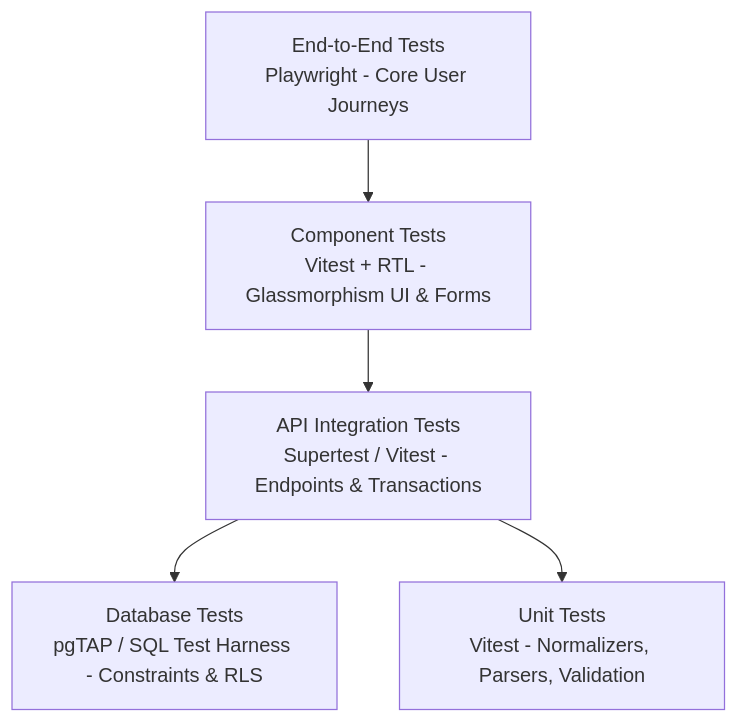
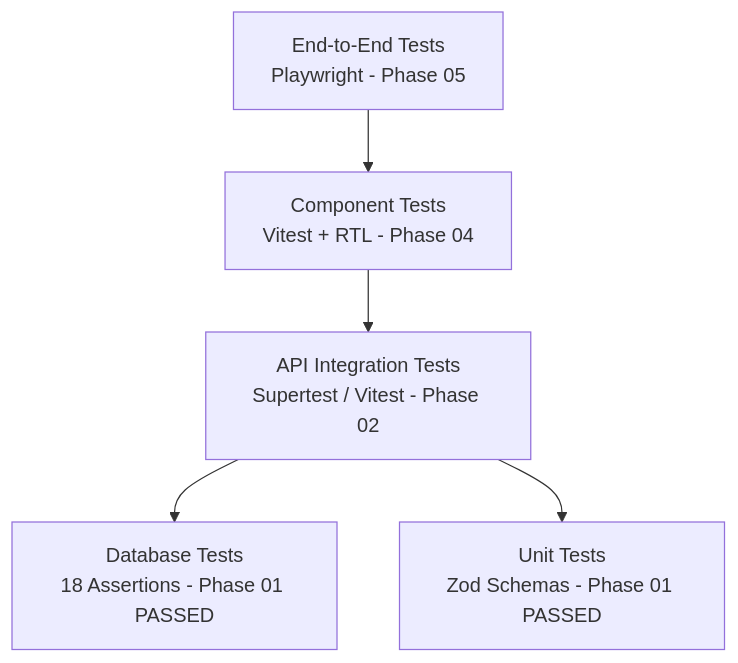
The diagram in docs/test-report.md (ragnarStark79/AnimeManager), drawn with Mermaid before and after one commit. The commit also changed other lines of this file and 11 other files, not shown here.

Commit message:
feat: implement database migrations, RLS policies, seed fixtures, and verification suite (Phase 01)

````diff
--- a/docs/test-report.md
+++ b/docs/test-report.md
@@ -60,13 +130,13 @@
 ```mermaid
 graph TD
-    E2E[End-to-End Tests<br/>Playwright - Core User Journeys]
-    Comp[Component Tests<br/>Vitest + RTL - Glassmorphism UI & Forms]
-    Int[API Integration Tests<br/>Supertest / Vitest - Endpoints & Transactions]
-    DB[Database Tests<br/>pgTAP / SQL Test Harness - Constraints & RLS]
-    Unit[Unit Tests<br/>Vitest - Normalizers, Parsers, Validation]
+    E2E[End-to-End Tests<br/>Playwright - Phase 05]
+    Comp[Component Tests<br/>Vitest + RTL - Phase 04]
+    Int[API Integration Tests<br/>Supertest / Vitest - Phase 02]
+    DB[Database Tests<br/>18 Assertions - Phase 01 PASSED]
+    Unit[Unit Tests<br/>Zod Schemas - Phase 01 PASSED]
 
     E2E --> Comp
     Comp --> Int
     Int --> DB
     Int --> Unit
 ```
````
